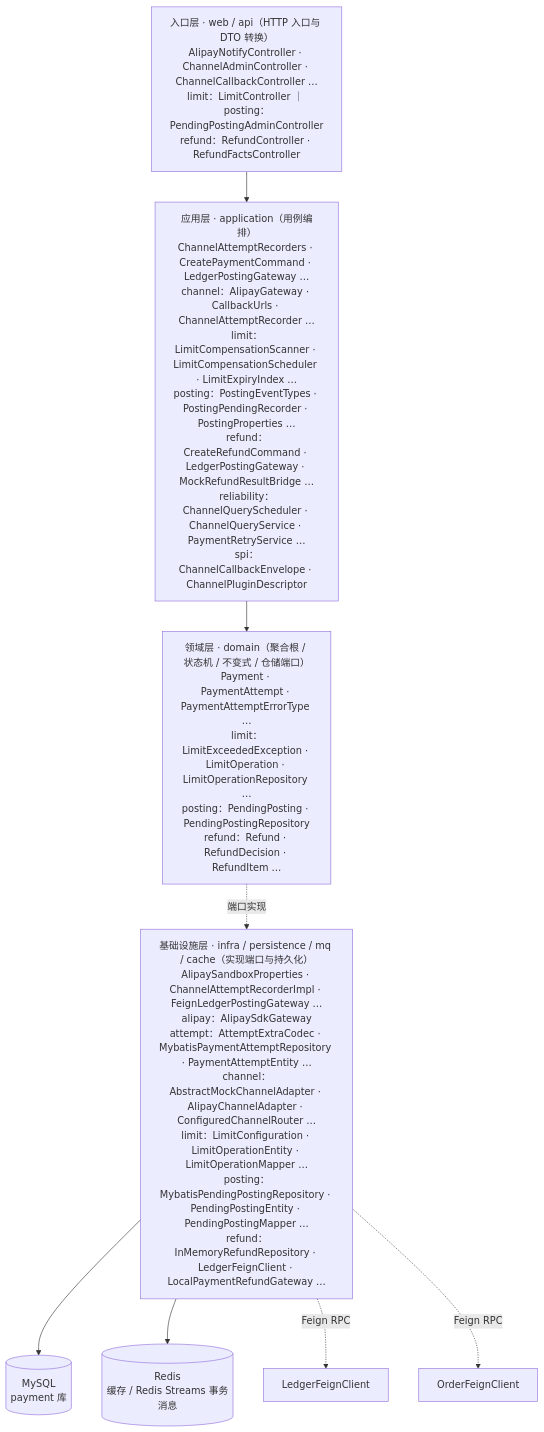
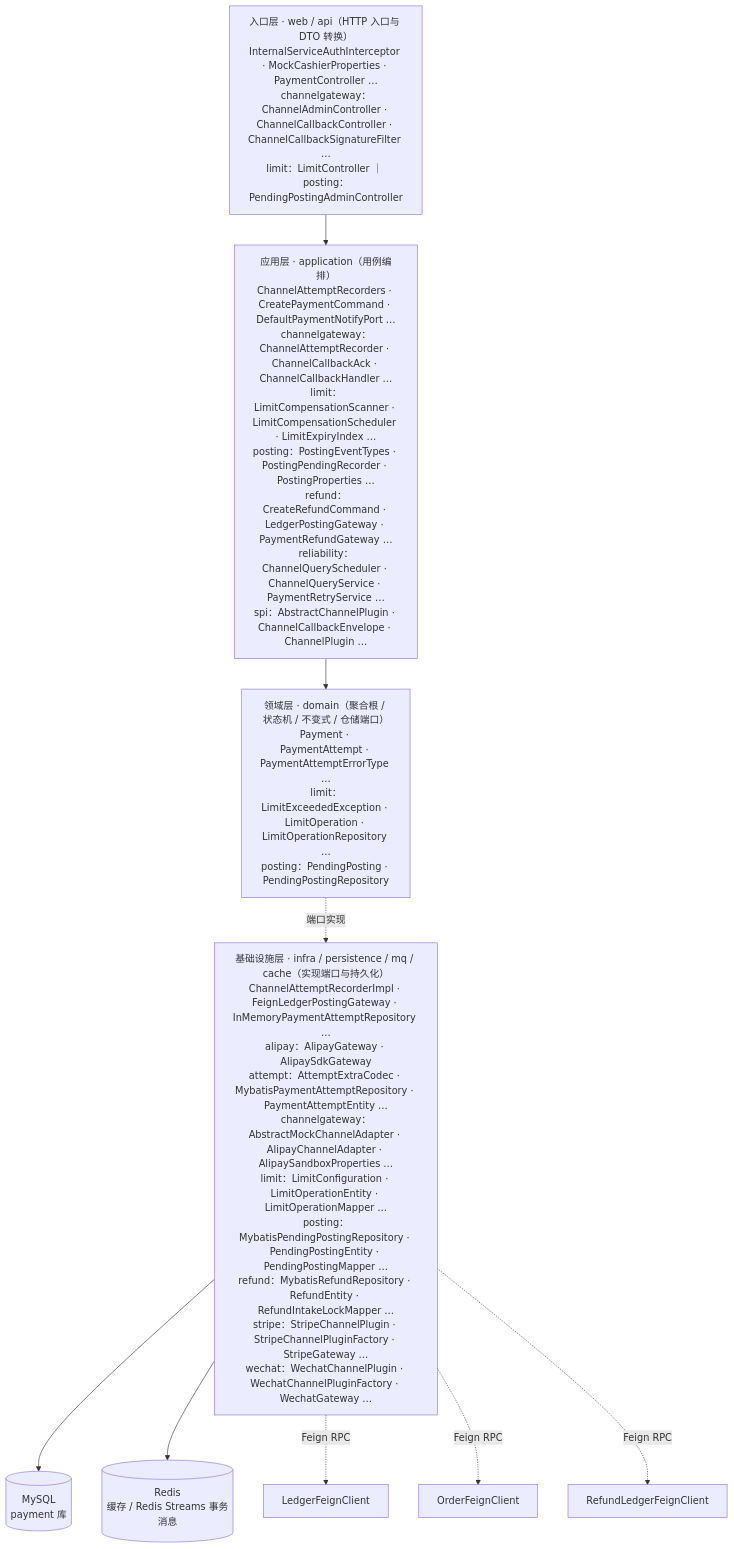
The first of 6 diagrams in docs/architecture/systems/payment-service.md (ckcky/Payment), drawn with Mermaid before and after one commit. The commit also changed other lines of this file and 26 other files, not shown here.

````diff
--- a/docs/architecture/systems/payment-service.md
+++ b/docs/architecture/systems/payment-service.md
@@ -65,18 +65,20 @@
 ```mermaid
 flowchart TB
-    INBOUND["入口层 · web / api（HTTP 入口与 DTO 转换）<br/>AlipayNotifyController · ChannelAdminController · ChannelCallbackController …<br/>limit：LimitController ｜ posting：PendingPostingAdminController<br/>refund：RefundController · RefundFactsController"]
-    APP["应用层 · application（用例编排）<br/>ChannelAttemptRecorders · CreatePaymentCommand · LedgerPostingGateway …<br/>channel：AlipayGateway · CallbackUrls · ChannelAttemptRecorder …<br/>limit：LimitCompensationScanner · LimitCompensationScheduler · LimitExpiryIndex …<br/>posting：PostingEventTypes · PostingPendingRecorder · PostingProperties …<br/>refund：CreateRefundCommand · LedgerPostingGateway · MockRefundResultBridge …<br/>reliability：ChannelQueryScheduler · ChannelQueryService · PaymentRetryService …<br/>spi：ChannelCallbackEnvelope · ChannelPluginDescriptor"]
-    DOMAIN["领域层 · domain（聚合根 / 状态机 / 不变式 / 仓储端口）<br/>Payment · PaymentAttempt · PaymentAttemptErrorType …<br/>limit：LimitExceededException · LimitOperation · LimitOperationRepository …<br/>posting：PendingPosting · PendingPostingRepository<br/>refund：Refund · RefundDecision · RefundItem …"]
-    INFRA["基础设施层 · infra / persistence / mq / cache（实现端口与持久化）<br/>AlipaySandboxProperties · ChannelAttemptRecorderImpl · FeignLedgerPostingGateway …<br/>alipay：AlipaySdkGateway<br/>attempt：AttemptExtraCodec · MybatisPaymentAttemptRepository · PaymentAttemptEntity …<br/>channel：AbstractMockChannelAdapter · AlipayChannelAdapter · ConfiguredChannelRouter …<br/>limit：LimitConfiguration · LimitOperationEntity · LimitOperationMapper …<br/>posting：MybatisPendingPostingRepository · PendingPostingEntity · PendingPostingMapper …<br/>refund：InMemoryRefundRepository · LedgerFeignClient · LocalPaymentRefundGateway …"]
+    INBOUND["入口层 · web / api（HTTP 入口与 DTO 转换）<br/>InternalServiceAuthInterceptor · MockCashierProperties · PaymentController …<br/>channelgateway：ChannelAdminController · ChannelCallbackController · ChannelCallbackSignatureFilter …<br/>limit：LimitController ｜ posting：PendingPostingAdminController"]
+    APP["应用层 · application（用例编排）<br/>ChannelAttemptRecorders · CreatePaymentCommand · DefaultPaymentNotifyPort …<br/>channelgateway：ChannelAttemptRecorder · ChannelCallbackAck · ChannelCallbackHandler …<br/>limit：LimitCompensationScanner · LimitCompensationScheduler · LimitExpiryIndex …<br/>posting：PostingEventTypes · PostingPendingRecorder · PostingProperties …<br/>refund：CreateRefundCommand · LedgerPostingGateway · PaymentRefundGateway …<br/>reliability：ChannelQueryScheduler · ChannelQueryService · PaymentRetryService …<br/>spi：AbstractChannelPlugin · ChannelCallbackEnvelope · ChannelPlugin …"]
+    DOMAIN["领域层 · domain（聚合根 / 状态机 / 不变式 / 仓储端口）<br/>Payment · PaymentAttempt · PaymentAttemptErrorType …<br/>limit：LimitExceededException · LimitOperation · LimitOperationRepository …<br/>posting：PendingPosting · PendingPostingRepository"]
+    INFRA["基础设施层 · infra / persistence / mq / cache（实现端口与持久化）<br/>ChannelAttemptRecorderImpl · FeignLedgerPostingGateway · InMemoryPaymentAttemptRepository …<br/>alipay：AlipayGateway · AlipaySdkGateway<br/>attempt：AttemptExtraCodec · MybatisPaymentAttemptRepository · PaymentAttemptEntity …<br/>channelgateway：AbstractMockChannelAdapter · AlipayChannelAdapter · AlipaySandboxProperties …<br/>limit：LimitConfiguration · LimitOperationEntity · LimitOperationMapper …<br/>posting：MybatisPendingPostingRepository · PendingPostingEntity · PendingPostingMapper …<br/>refund：MybatisRefundRepository · RefundEntity · RefundIntakeLockMapper …<br/>stripe：StripeChannelPlugin · StripeChannelPluginFactory · StripeGateway …<br/>wechat：WechatChannelPlugin · WechatChannelPluginFactory · WechatGateway …"]
     INBOUND --> APP
     APP --> DOMAIN
     DOMAIN -.->|端口实现| INFRA
     DB[("MySQL<br/>payment 库")]
     INFRA --> DB
     REDIS[("Redis<br/>缓存 / Redis Streams 事务消息")]
     INFRA --> REDIS
     LedgerFeignClient["LedgerFeignClient"]
     INFRA -.->|Feign RPC| LedgerFeignClient
     OrderFeignClient["OrderFeignClient"]
     INFRA -.->|Feign RPC| OrderFeignClient
+    RefundLedgerFeignClient["RefundLedgerFeignClient"]
+    INFRA -.->|Feign RPC| RefundLedgerFeignClient
 ```
````
